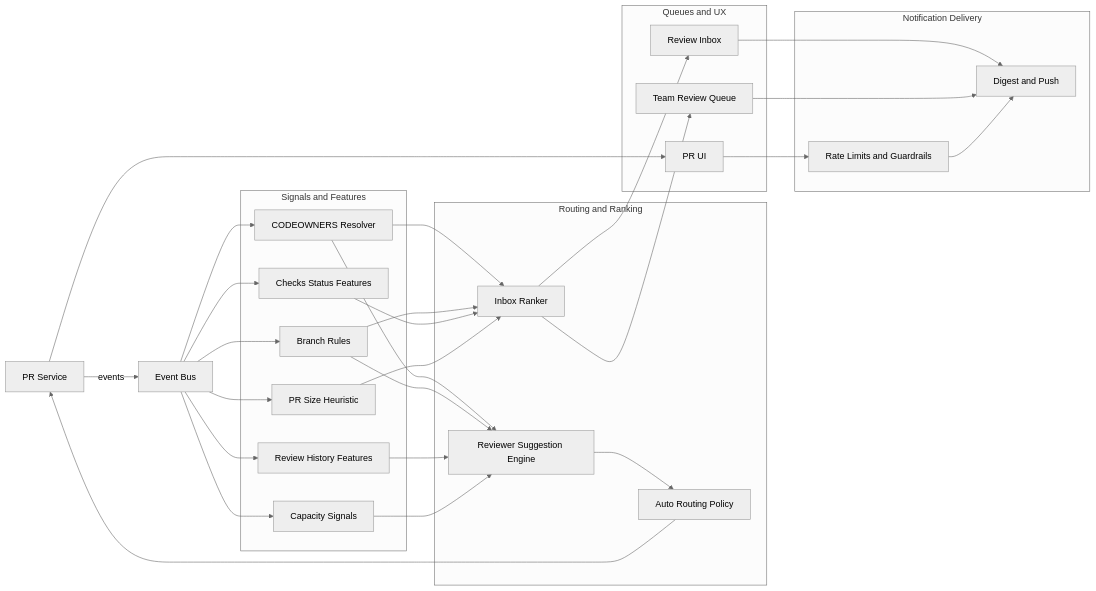
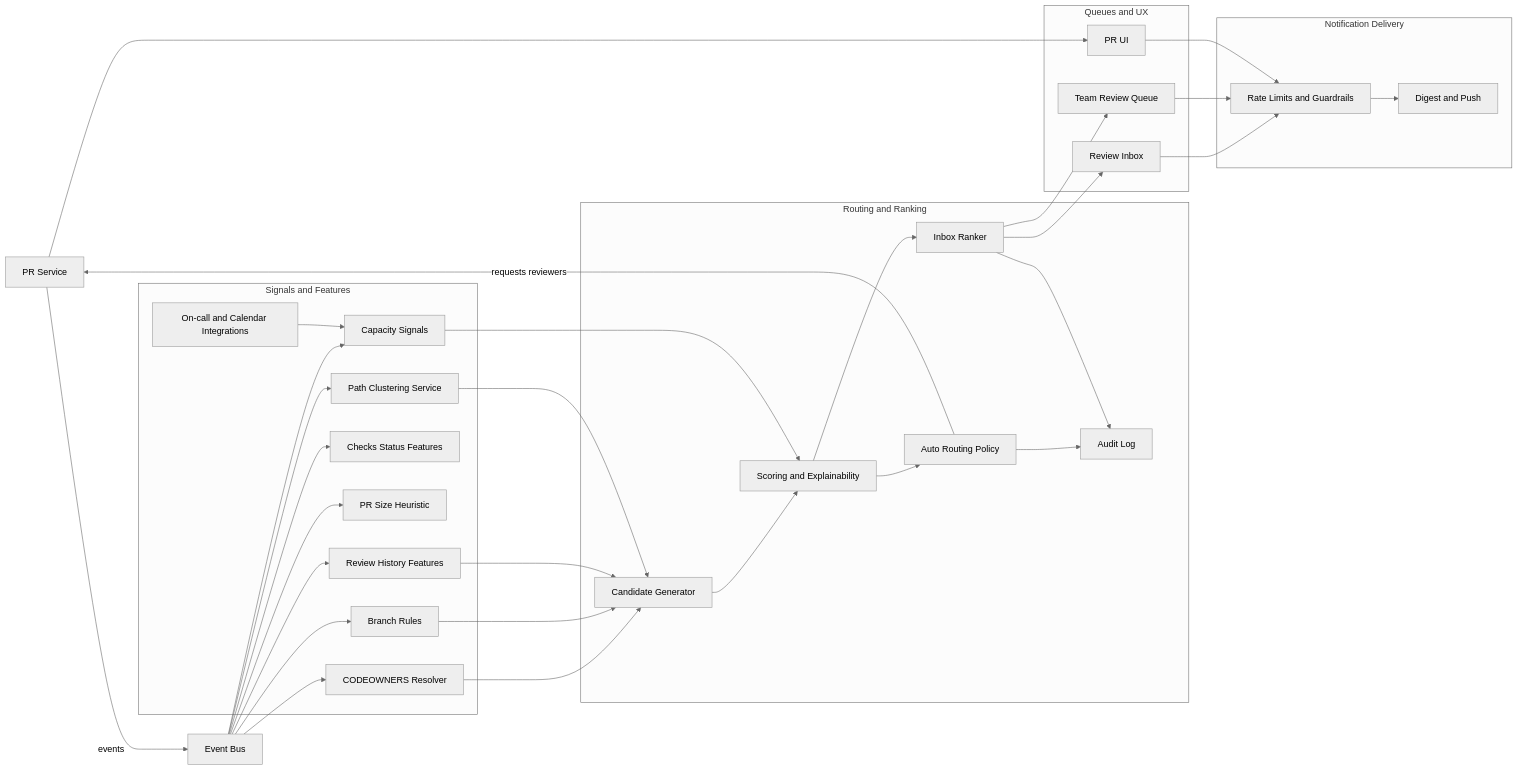
One commit to 004mayank/product-systems-explained changed the diagram in github-review-routing-architecture.md. Above: the diagram before and after it, drawn with Mermaid (neutral theme). The commit also changed other lines of this file, not shown here.

Commit message:
GitHub review routing architecture v2

````diff
--- a/github-review-routing-architecture.md
+++ b/github-review-routing-architecture.md
@@ -30,59 +35,68 @@
 ```mermaid
 flowchart LR
   prsvc["PR Service"] -->|events| bus["Event Bus"]
 
   subgraph signals["Signals and Features"]
     owners["CODEOWNERS Resolver"]
     rules["Branch Rules"]
-    history["Review History Features"]
     checks["Checks Status Features"]
     size["PR Size Heuristic"]
+    history["Review History Features"]
     cap["Capacity Signals"]
+    cluster["Path Clustering Service"]
+    oncall["On-call and Calendar Integrations"]
   end
 
   bus --> owners
   bus --> rules
-  bus --> history
   bus --> checks
   bus --> size
+  bus --> history
   bus --> cap
+  bus --> cluster
+  oncall --> cap
 
   subgraph router["Routing and Ranking"]
-    sugg["Reviewer Suggestion Engine"]
-    autoroute["Auto Routing Policy"]
-    rank["Inbox Ranker"]
+    cand["Candidate Generator"]
+    scorer["Scoring and Explainability"]
+    policy["Auto Routing Policy"]
+    ranker["Inbox Ranker"]
+    audit["Audit Log"]
   end
 
-  owners --> sugg
-  rules --> sugg
-  history --> sugg
-  cap --> sugg
+  owners --> cand
+  rules --> cand
+  history --> cand
+  cluster --> cand
 
-  sugg --> autoroute
+  cand --> scorer
+  cap --> scorer
 
-  owners --> rank
-  rules --> rank
-  checks --> rank
-  size --> rank
+  scorer --> policy
+  scorer --> ranker
+
+  policy -->|requests reviewers| prsvc
+  policy --> audit
+
+  ranker --> audit
 
   subgraph views["Queues and UX"]
     rinbox["Review Inbox"]
     tqueue["Team Review Queue"]
     prui["PR UI"]
   end
 
-  rank --> rinbox
-  rank --> tqueue
-  autoroute --> prsvc
   prsvc --> prui
+  ranker --> rinbox
+  ranker --> tqueue
 
   subgraph notify["Notification Delivery"]
     digest["Digest and Push"]
     rate["Rate Limits and Guardrails"]
   end
 
-  rinbox --> digest
-  tqueue --> digest
+  rinbox --> rate
+  tqueue --> rate
   prui --> rate
   rate --> digest
 ```
````
